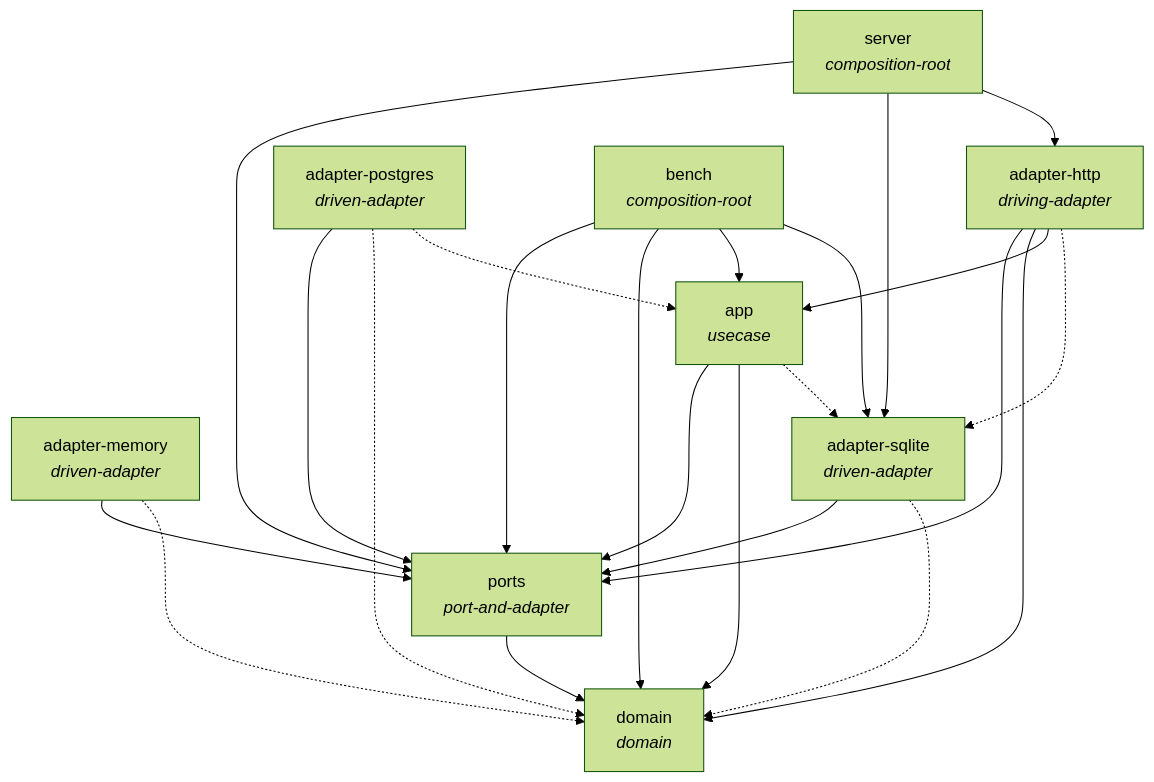
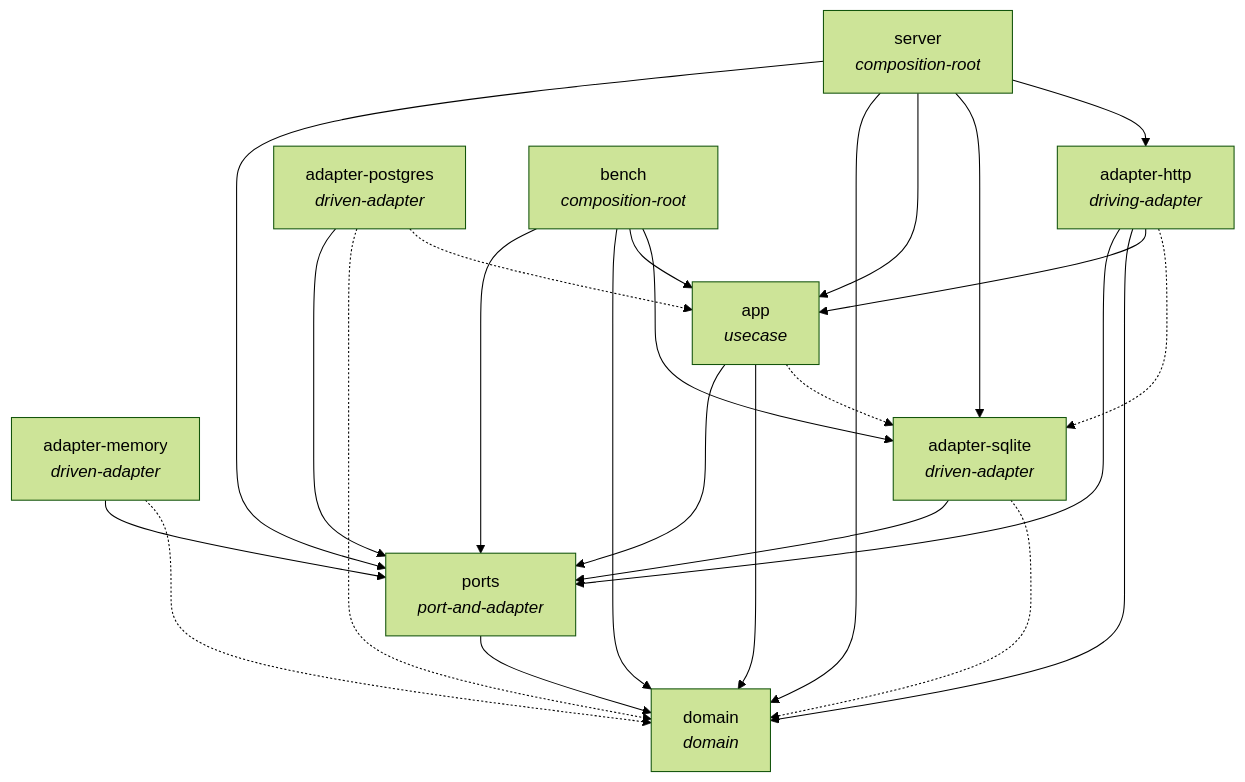
The diagram in docs/views/crates.md (igouss/rust-service-architecture), drawn with Mermaid (forest theme) before and after one commit. The commit also changed 20 other files, not shown here.

````diff
--- a/docs/views/crates.md
+++ b/docs/views/crates.md
@@ -6,34 +6,36 @@
 ```mermaid
 graph TD
     adapter_http["adapter-http<br/><i>driving-adapter</i>"]
     adapter_memory["adapter-memory<br/><i>driven-adapter</i>"]
     adapter_postgres["adapter-postgres<br/><i>driven-adapter</i>"]
     adapter_sqlite["adapter-sqlite<br/><i>driven-adapter</i>"]
     app["app<br/><i>usecase</i>"]
     bench["bench<br/><i>composition-root</i>"]
     domain["domain<br/><i>domain</i>"]
     ports["ports<br/><i>port-and-adapter</i>"]
     server["server<br/><i>composition-root</i>"]
     adapter_http -.-> adapter_sqlite
     adapter_http --> app
     adapter_http --> domain
     adapter_http --> ports
     adapter_memory -.-> domain
     adapter_memory --> ports
     adapter_postgres -.-> app
     adapter_postgres -.-> domain
     adapter_postgres --> ports
     adapter_sqlite -.-> domain
     adapter_sqlite --> ports
     app -.-> adapter_sqlite
     app --> domain
     app --> ports
     bench --> adapter_sqlite
     bench --> app
     bench --> domain
     bench --> ports
     ports --> domain
     server --> adapter_http
     server --> adapter_sqlite
+    server --> app
+    server --> domain
     server --> ports
 ```
````
